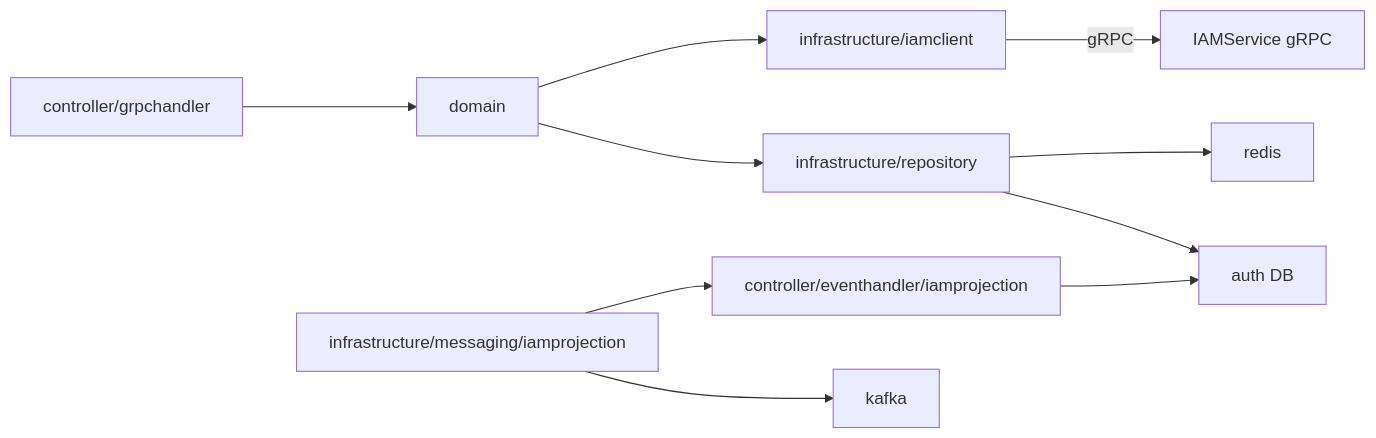
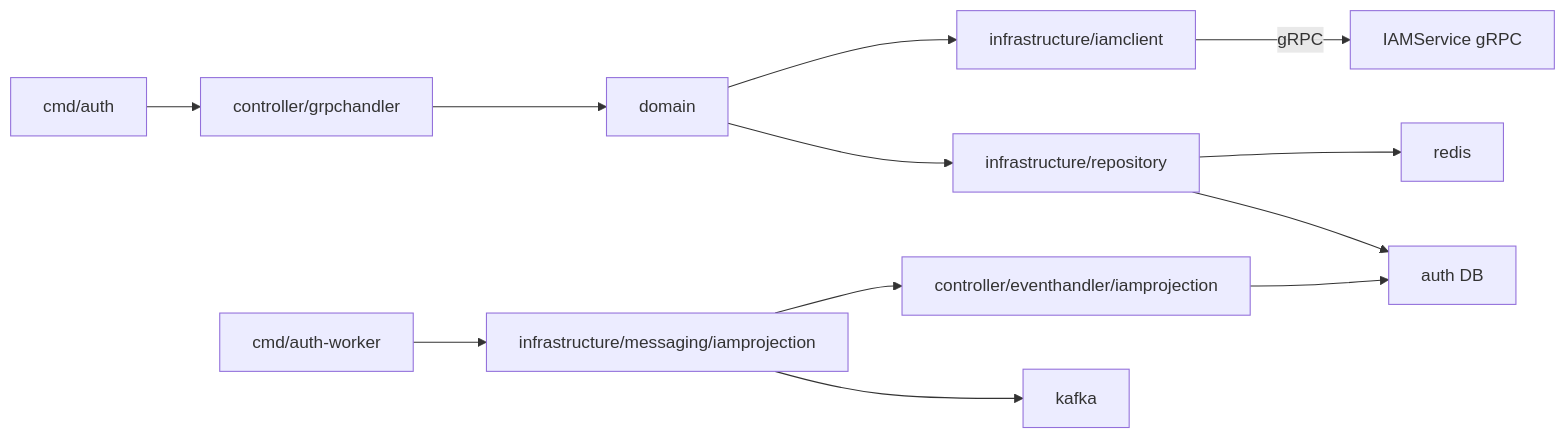
One commit to tuannm99/podzone changed the first of 8 diagrams in docs/architecture/modules.md. Above: the diagram before and after it, drawn with Mermaid. The commit also changed other lines of this file and 10 other files, not shown here.

Commit message:
refactor(vibe): auth/iam - split api and worker runtimes

````diff
--- a/docs/architecture/modules.md
+++ b/docs/architecture/modules.md
@@ -5,23 +5,27 @@
 ```mermaid
 flowchart LR
     AuthServer["controller/grpchandler"]
     AuthDomain["domain"]
     IAMClient["infrastructure/iamclient"]
     IAMService["IAMService gRPC"]
     AuthRepo["infrastructure/repository"]
     ProjectionHandler["controller/eventhandler/iamprojection"]
     ProjectionRuntime["infrastructure/messaging/iamprojection"]
+    AuthAPI["cmd/auth"]
+    AuthWorker["cmd/auth-worker"]
     AuthDB["auth DB"]
     Redis["redis"]
     Kafka["kafka"]
 
+    AuthAPI --> AuthServer
     AuthServer --> AuthDomain
     AuthDomain --> AuthRepo
     AuthDomain --> IAMClient
     IAMClient -->|"gRPC"| IAMService
     AuthRepo --> AuthDB
     AuthRepo --> Redis
+    AuthWorker --> ProjectionRuntime
     ProjectionRuntime --> Kafka
     ProjectionRuntime --> ProjectionHandler
     ProjectionHandler --> AuthDB
 ```
````
